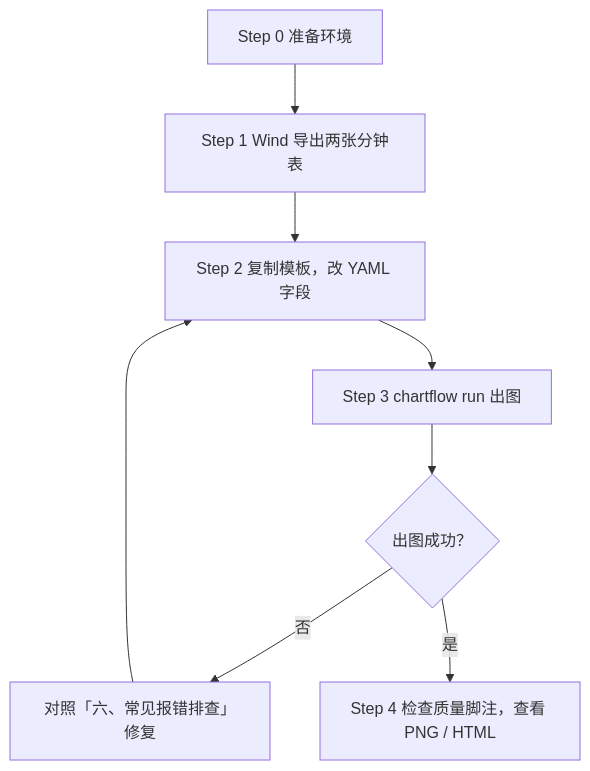
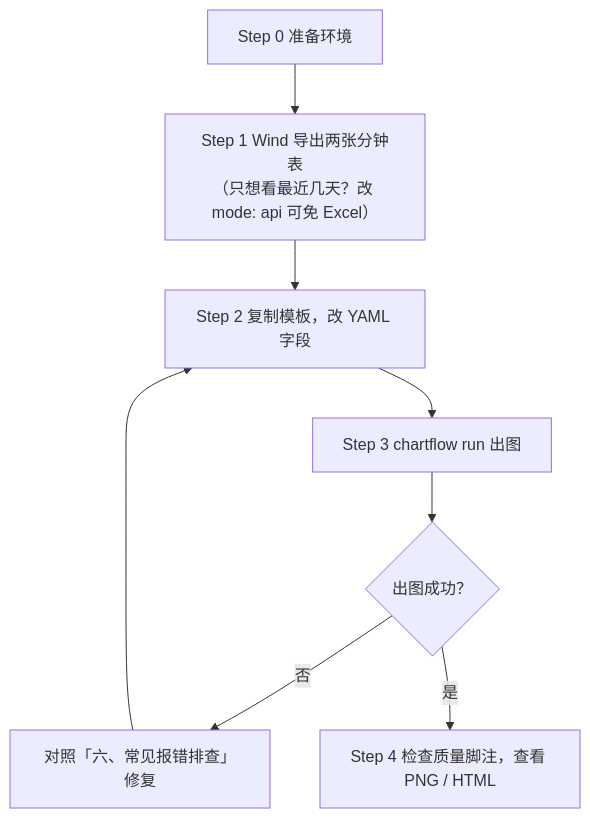
One commit to jarvislee90s-dot/quant-chart changed the second of 2 diagrams in README.md. Above: the diagram before and after it, drawn with Mermaid. The commit also changed other lines of this file, not shown here.

Commit message:
docs: README 全面对齐 v0.2.0 现实（架构图实线化local-datasource/4.1两条通道/深度数字修正4-8日/三期候选替换二期路线）

````diff
--- a/README.md
+++ b/README.md
@@ -60,9 +59,9 @@
 ```mermaid
 flowchart TD
-    S0["Step 0 准备环境"] --> S1["Step 1 Wind 导出两张分钟表"]
+    S0["Step 0 准备环境"] --> S1["Step 1 Wind 导出两张分钟表<br/>（只想看最近几天？改 mode: api 可免 Excel）"]
     S1 --> S2["Step 2 复制模板，改 YAML 字段"]
     S2 --> S3["Step 3 chartflow run 出图"]
     S3 --> OK{"出图成功？"}
     OK -- "否" --> ERR["对照「六、常见报错排查」修复"] --> S2
     OK -- "是" --> S4["Step 4 检查质量脚注，查看 PNG / HTML"]
 ```
````
